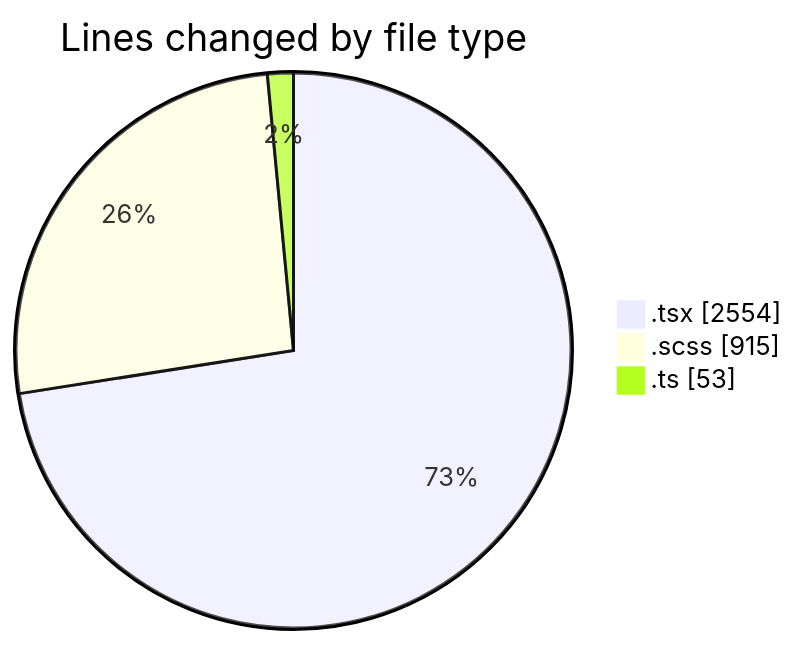
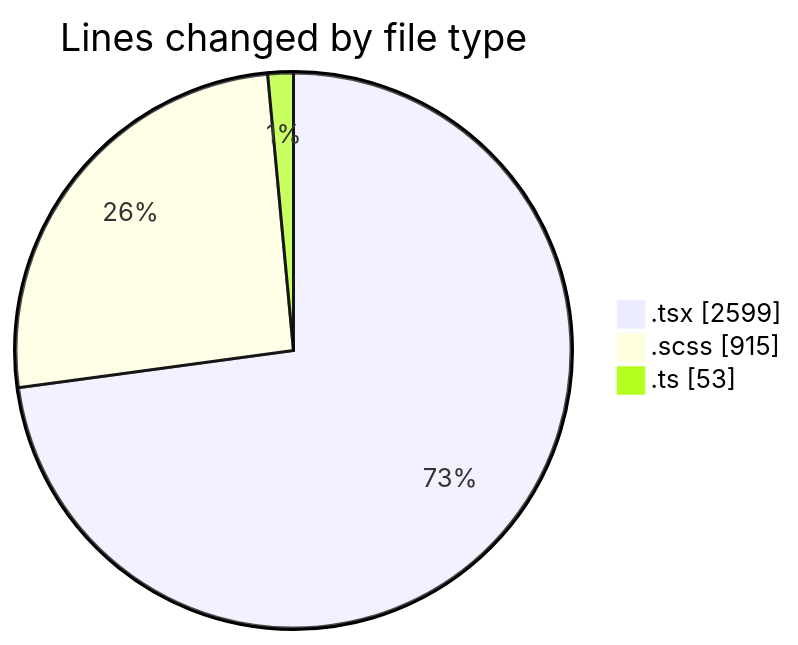
Before and after one commit to momahboobian/code-tracking: the first of 2 diagrams in 2025-03-27/cda/README.md, drawn with Mermaid. The commit also changed other lines of this file and 1 other file, not shown here.

````diff
--- a/2025-03-27/cda/README.md
+++ b/2025-03-27/cda/README.md
@@ -40,7 +40,7 @@
 ```mermaid
 pie showData
 title Lines changed by file type
-".tsx" : 2554
+".tsx" : 2599
 ".scss" : 915
 ".ts" : 53
 ```
````
